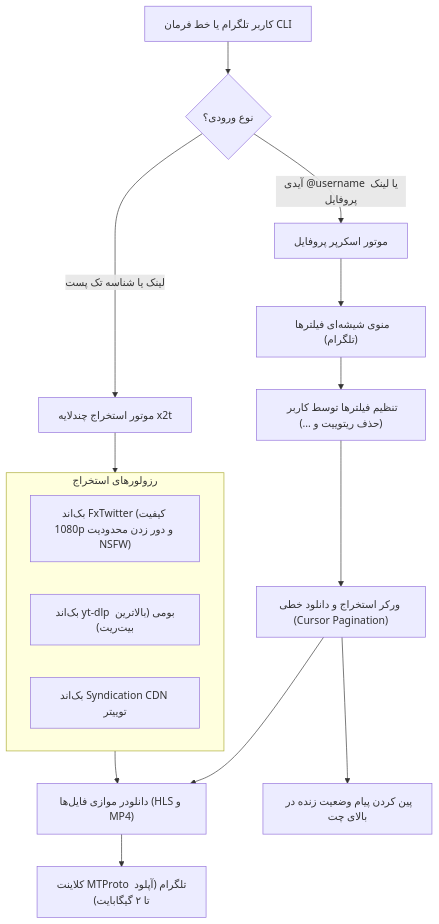
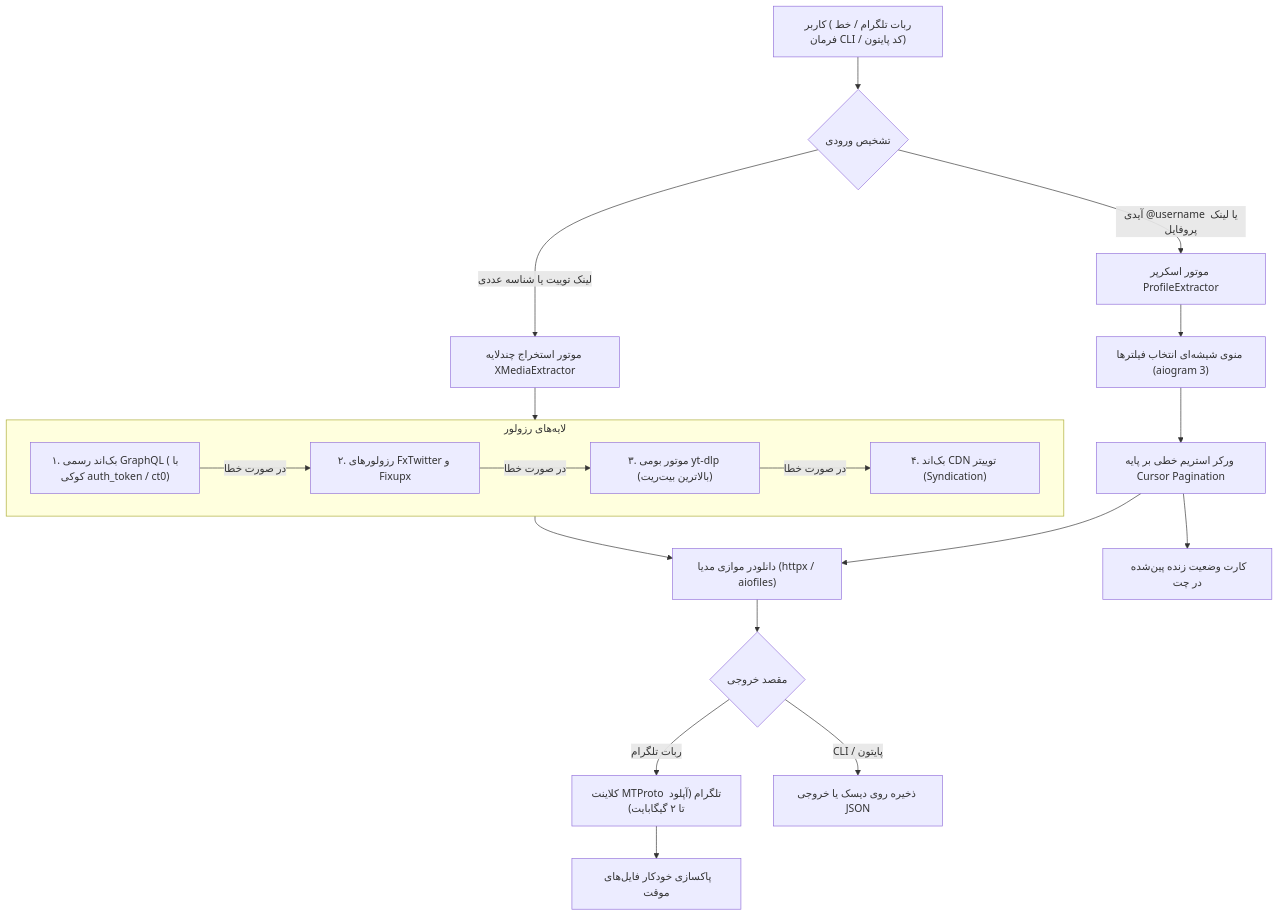
One commit to TheMRVX/x2t changed the diagram in README_FA.md. Above: the diagram before and after it, drawn with Mermaid. The commit also changed other lines of this file and 1 other file, not shown here.

````diff
--- a/README_FA.md
+++ b/README_FA.md
@@ -40,23 +62,31 @@
 ```mermaid
 flowchart TD
-    User["کاربر تلگرام یا خط فرمان CLI"] --> InputRouter{"نوع ورودی؟"}
+    User["کاربر (ربات تلگرام / خط فرمان CLI / کد پایتون)"] --> Router{"تشخیص ورودی"}
     
     %% استخراج تک پست
-    InputRouter -->|"لینک یا شناسه تک پست"| Extractor["موتور استخراج چندلایه x2t"]
-    subgraph Resolvers ["رزولورهای استخراج"]
-        R1["بک‌اند FxTwitter (کیفیت 1080p و دور زدن محدودیت NSFW)"]
-        R2["بک‌اند yt-dlp بومی (بالاترین بیت‌ریت)"]
-        R3["بک‌اند Syndication CDN توییتر"]
+    Router -->|"لینک توییت یا شناسه عددی"| SingleEngine["موتور استخراج چندلایه XMediaExtractor"]
+    subgraph Cascade ["لایه‌های رزولور"]
+        B1["۱. بک‌اند رسمی GraphQL (با کوکی auth_token / ct0)"]
+        B2["۲. رزولورهای FxTwitter و Fixupx"]
+        B3["۳. موتور بومی yt-dlp (بالاترین بیت‌ریت)"]
+        B4["۴. بک‌اند CDN توییتر (Syndication)"]
+        B1 -->|در صورت خطا| B2
+        B2 -->|در صورت خطا| B3
+        B3 -->|در صورت خطا| B4
     end
-    Extractor --> Resolvers
-    Resolvers --> Downloader["دانلودر موازی فایل‌ها (HLS و MP4)"]
-    Downloader --> MTProtoSend["کلاینت MTProto تلگرام (آپلود تا ۲ گیگابایت)"]
+    SingleEngine --> Cascade
+    Cascade --> DL["دانلودر موازی مدیا (httpx / aiofiles)"]
     
-    %% دانلودر پروفایل
-    InputRouter -->|"آیدی @username یا لینک پروفایل"| ProfileEngine["موتور اسکرپر پروفایل"]
-    ProfileEngine --> InteractiveMenu["منوی شیشه‌ای فیلترها (تلگرام)"]
-    InteractiveMenu --> UserChoice["تنظیم فیلترها توسط کاربر (حذف ریتوییت و ...)"]
-    UserChoice --> StreamWorker["ورکر استخراج و دانلود خطی (Cursor Pagination)"]
-    StreamWorker --> PinMsg["پین کردن پیام وضعیت زنده در بالای چت"]
-    StreamWorker --> Downloader
+    %% استخراج پروفایل
+    Router -->|"آیدی @username یا لینک پروفایل"| ProfileEngine["موتور اسکرپر ProfileExtractor"]
+    ProfileEngine --> FilterUI["منوی شیشه‌ای انتخاب فیلترها (aiogram 3)"]
+    FilterUI --> StreamWorker["ورکر استریم خطی بر پایه Cursor Pagination"]
+    StreamWorker --> PinnedUI["کارت وضعیت زنده پین‌شده در چت"]
+    StreamWorker --> DL
+    
+    %% تحویل خروجی
+    DL --> Delivery{"مقصد خروجی"}
+    Delivery -->|"ربات تلگرام"| MTProto["کلاینت MTProto تلگرام (آپلود تا ۲ گیگابایت)"]
+    Delivery -->|"CLI / پایتون"| Disk["ذخیره روی دیسک یا خروجی JSON"]
+    MTProto --> Cleanup["پاکسازی خودکار فایل‌های موقت"]
 ```
````
